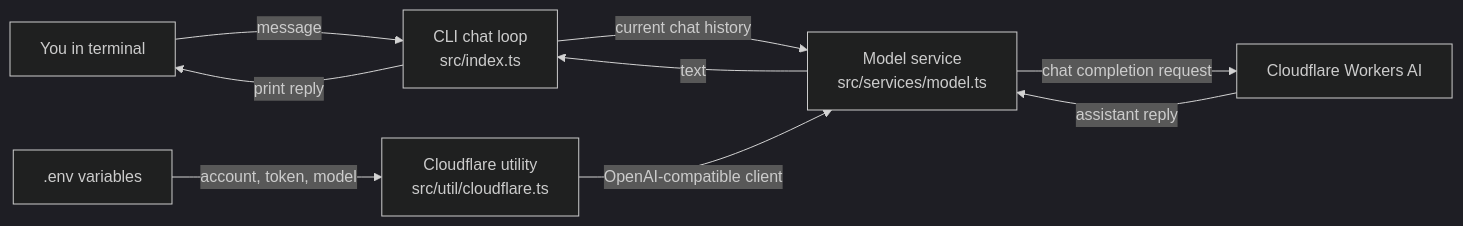
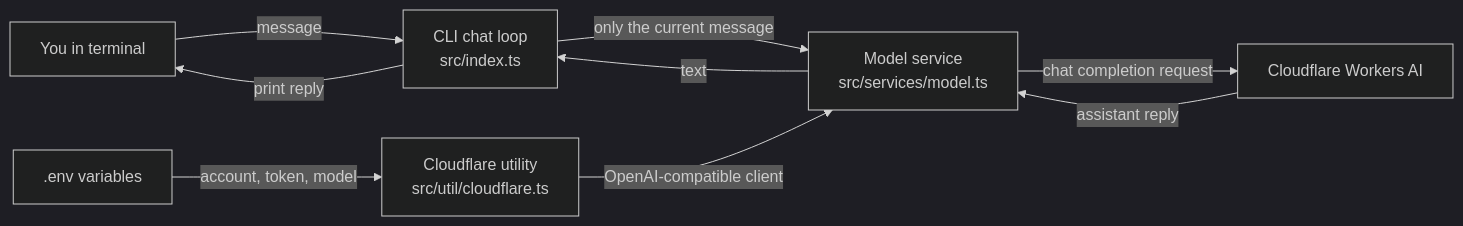
Before and after one commit to aryanc381/prompt-chaining: the first of 3 diagrams in README.md, drawn with Mermaid (dark theme). The commit also changed other lines of this file and 3 other files, not shown here.

Commit message:
fix(cli): make chat requests stateless

````diff
--- a/README.md
+++ b/README.md
@@ -72,11 +72,11 @@
 ```mermaid
 flowchart LR
     U["You in terminal"] -->|message| CLI["CLI chat loop\nsrc/index.ts"]
-    CLI -->|current chat history| SVC["Model service\nsrc/services/model.ts"]
+    CLI -->|only the current message| SVC["Model service\nsrc/services/model.ts"]
     ENV[".env variables"] -->|account, token, model| CF["Cloudflare utility\nsrc/util/cloudflare.ts"]
     CF -->|OpenAI-compatible client| SVC
     SVC -->|chat completion request| AI["Cloudflare Workers AI"]
     AI -->|assistant reply| SVC
     SVC -->|text| CLI
     CLI -->|print reply| U
 ```
````
